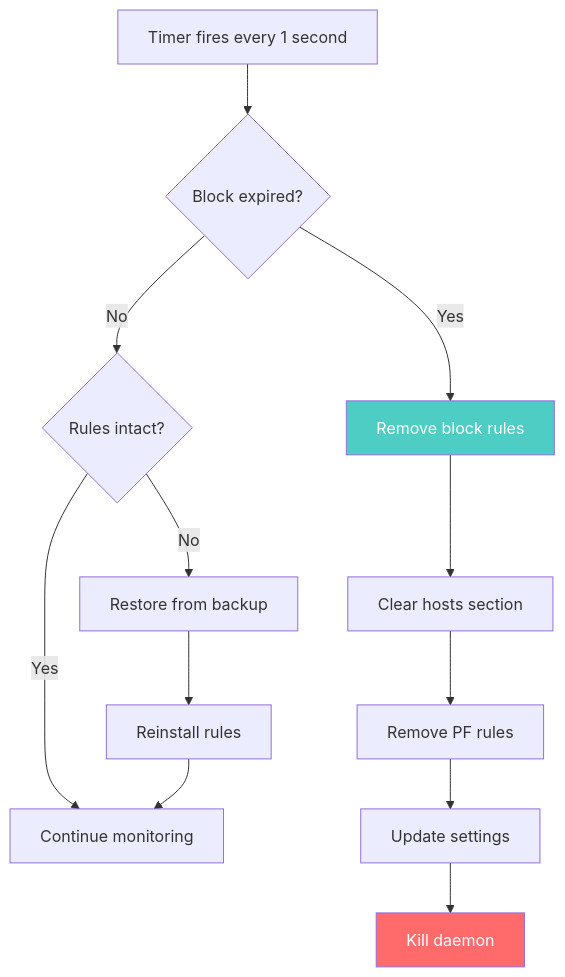
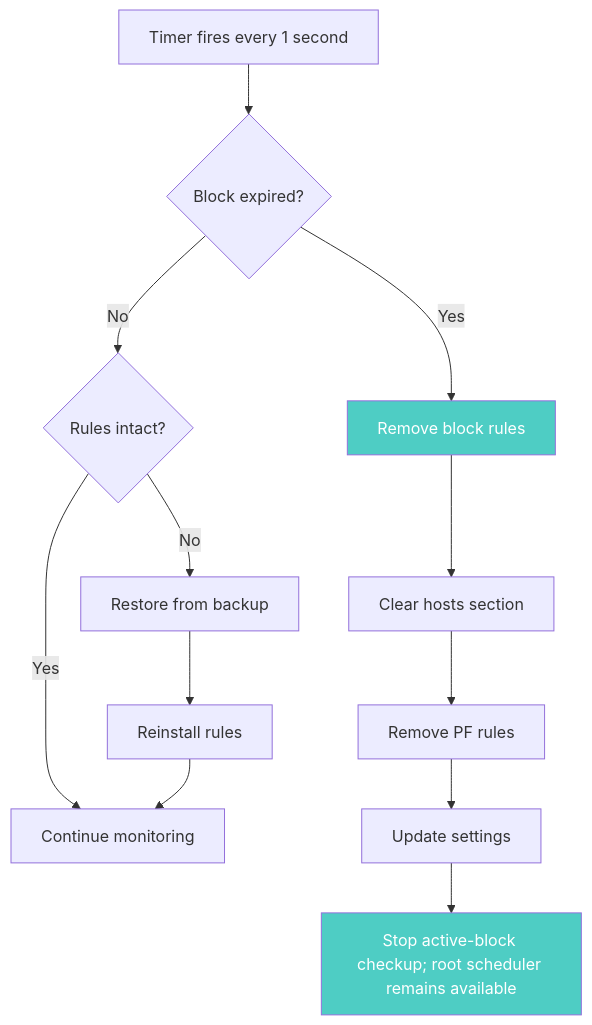
One commit to VishalJ99/fence changed the tenth of 15 diagrams in SYSTEM_ARCHITECTURE.md. Above: the diagram before and after it, drawn with Mermaid. The commit also changed other lines of this file and 43 other files, not shown here.

````diff
--- a/SYSTEM_ARCHITECTURE.md
+++ b/SYSTEM_ARCHITECTURE.md
@@ -456,17 +543,17 @@
 ```mermaid
 flowchart TD
     A[Timer fires every 1 second] --> B{Block expired?}
     B -->|No| C{Rules intact?}
     C -->|Yes| D[Continue monitoring]
     C -->|No| E[Restore from backup]
     E --> F[Reinstall rules]
     F --> D
     B -->|Yes| G[Remove block rules]
     G --> H[Clear hosts section]
     H --> I[Remove PF rules]
     I --> J[Update settings]
-    J --> K[Kill daemon]
+    J --> K[Stop active-block checkup; root scheduler remains available]
 
     style G fill:#4ecdc4,color:#fff
-    style K fill:#ff6b6b,color:#fff
+    style K fill:#4ecdc4,color:#fff
 ```
````
